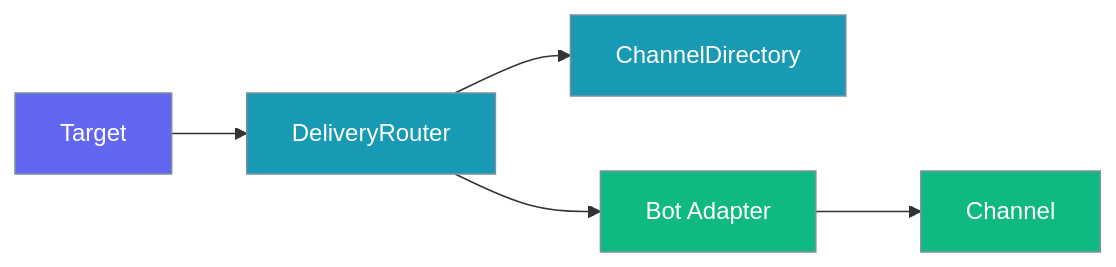
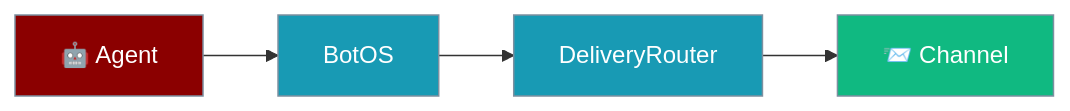
Before and after one commit to MervinPraison/PraisonAIDocs: the first of 2 diagrams in docs/features/proactive-delivery.mdx, drawn with Mermaid. The commit also changed other lines of this file and 4 other files, not shown here.

````diff
--- a/docs/features/proactive-delivery.mdx
+++ b/docs/features/proactive-delivery.mdx
@@ -31,15 +29,14 @@
 ```mermaid
 graph LR
-    T[Target] --> R[DeliveryRouter]
-    R --> D[ChannelDirectory]
-    R --> B[Bot Adapter]
-    B --> C[Channel]
+    Agent[🤖 Agent] --> BotOS[BotOS]
+    BotOS --> Router[DeliveryRouter]
+    Router --> Channel[📨 Channel]
 
-    classDef input fill:#6366F1,stroke:#7C90A0,color:#fff
+    classDef agent fill:#8B0000,stroke:#7C90A0,color:#fff
     classDef process fill:#189AB4,stroke:#7C90A0,color:#fff
     classDef output fill:#10B981,stroke:#7C90A0,color:#fff
 
-    class T input
-    class R,D process
-    class B,C output
+    class Agent agent
+    class BotOS,Router process
+    class Channel output
 ```
````
